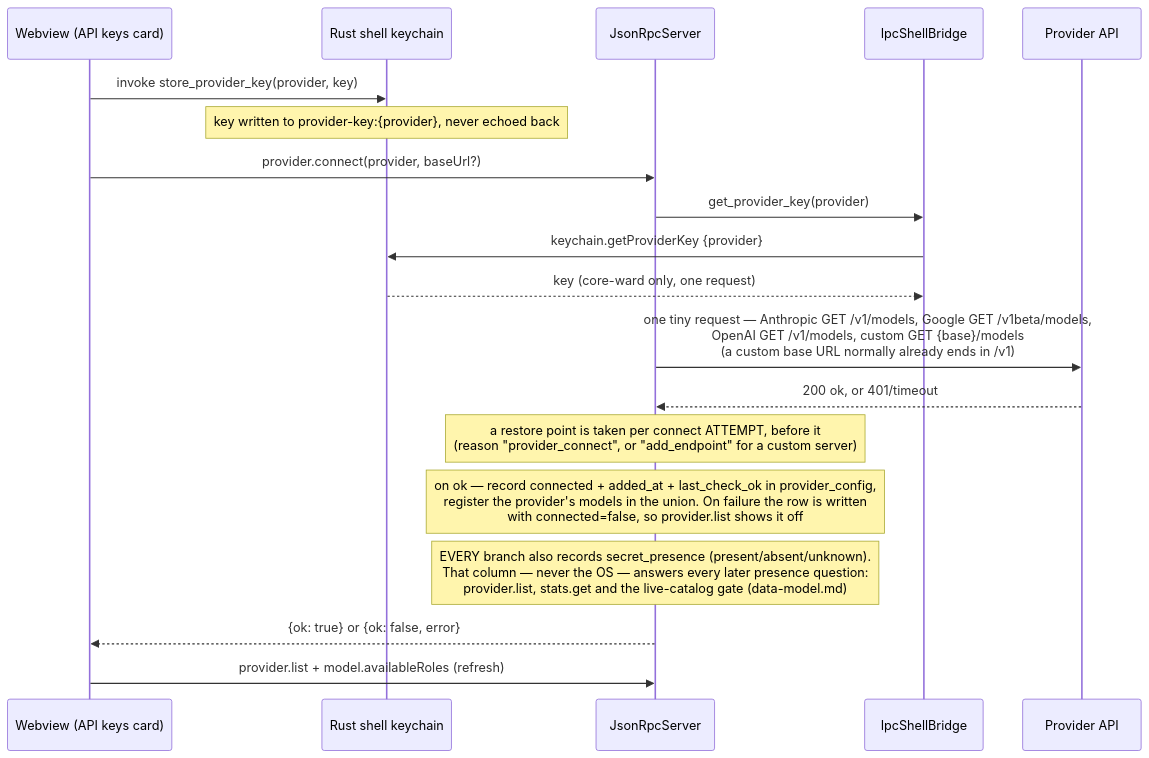
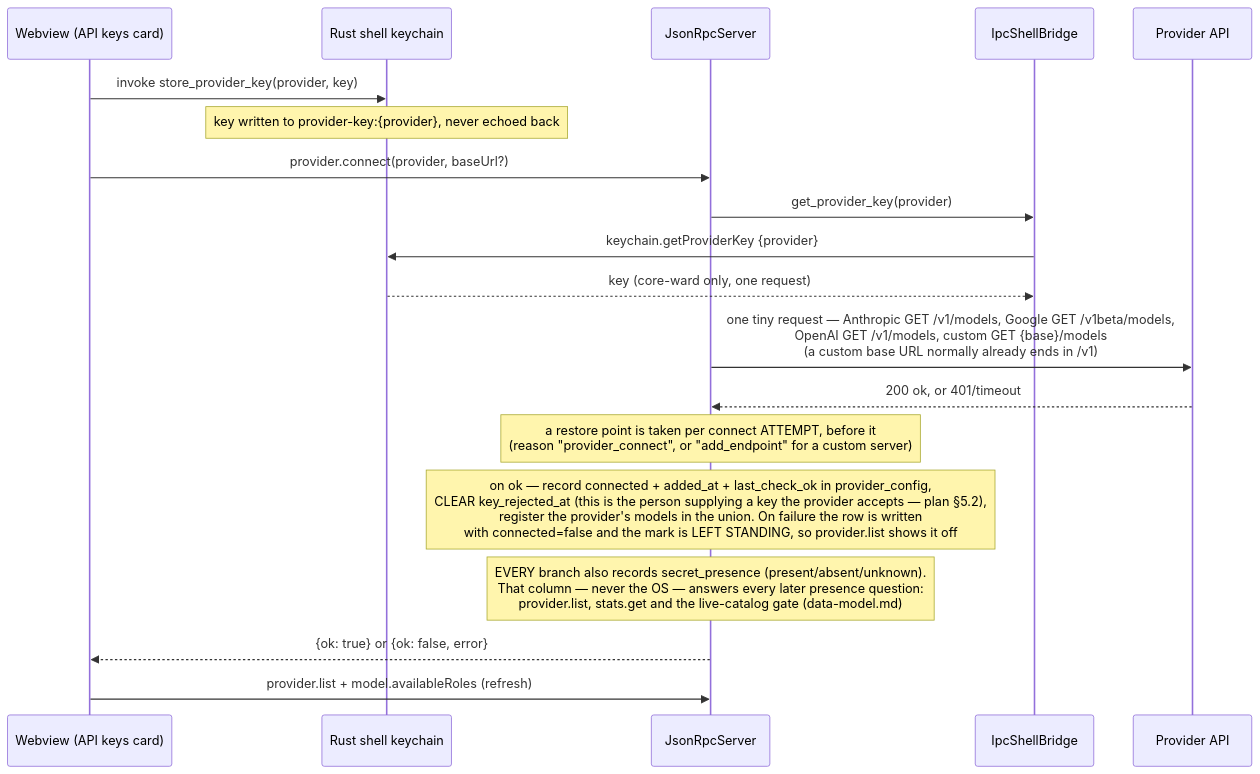
Before and after one commit to N041M/Addison: the seventh of 15 diagrams in docs/flows.md, drawn with Mermaid. The commit also changed other lines of this file and 19 other files, not shown here.

First line of the commit message:
feat: a rejected key says so once, and a pasted newline never becomes a 401

````diff
--- a/docs/flows.md
+++ b/docs/flows.md
@@ -265,22 +265,22 @@
 ```mermaid
 sequenceDiagram
     participant UI as Webview (API keys card)
     participant SH as Rust shell keychain
     participant SRV as JsonRpcServer
     participant BR as IpcShellBridge
     participant P as Provider API
 
     UI->>SH: invoke store_provider_key(provider, key)
     Note over SH: key written to provider-key:{provider}, never echoed back
     UI->>SRV: provider.connect(provider, baseUrl?)
     SRV->>BR: get_provider_key(provider)
     BR->>SH: keychain.getProviderKey {provider}
     SH-->>BR: key (core-ward only, one request)
     SRV->>P: one tiny request — Anthropic GET /v1/models, Google GET /v1beta/models,<br/>OpenAI GET /v1/models, custom GET {base}/models<br/>(a custom base URL normally already ends in /v1)
     P-->>SRV: 200 ok, or 401/timeout
     Note over SRV: a restore point is taken per connect ATTEMPT, before it<br/>(reason "provider_connect", or "add_endpoint" for a custom server)
-    Note over SRV: on ok — record connected + added_at + last_check_ok in provider_config,<br/>register the provider's models in the union. On failure the row is written<br/>with connected=false, so provider.list shows it off
+    Note over SRV: on ok — record connected + added_at + last_check_ok in provider_config,<br/>CLEAR key_rejected_at (this is the person supplying a key the provider accepts — plan §5.2),<br/>register the provider's models in the union. On failure the row is written<br/>with connected=false and the mark is LEFT STANDING, so provider.list shows it off
     Note over SRV: EVERY branch also records secret_presence (present/absent/unknown).<br/>That column — never the OS — answers every later presence question:<br/>provider.list, stats.get and the live-catalog gate (data-model.md)
     SRV-->>UI: {ok: true} or {ok: false, error}
     UI->>SRV: provider.list + model.availableRoles (refresh)
 ```
````
